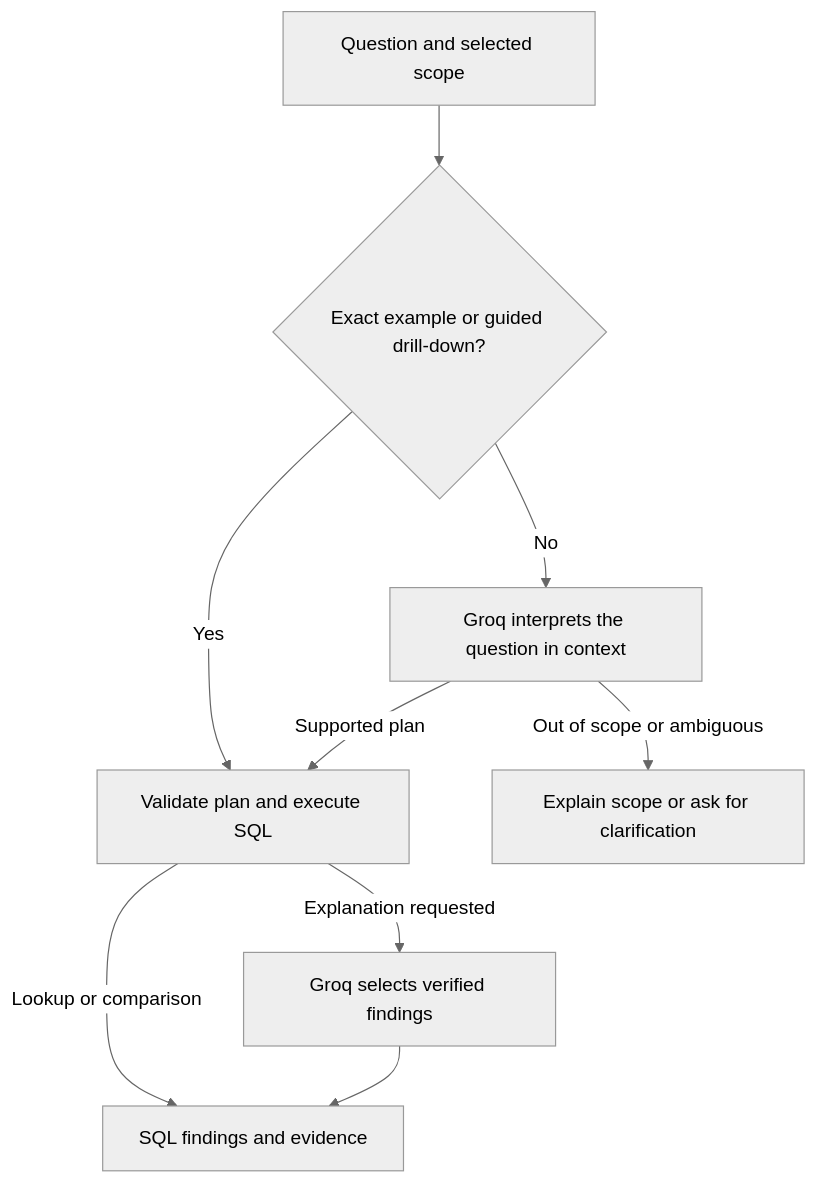
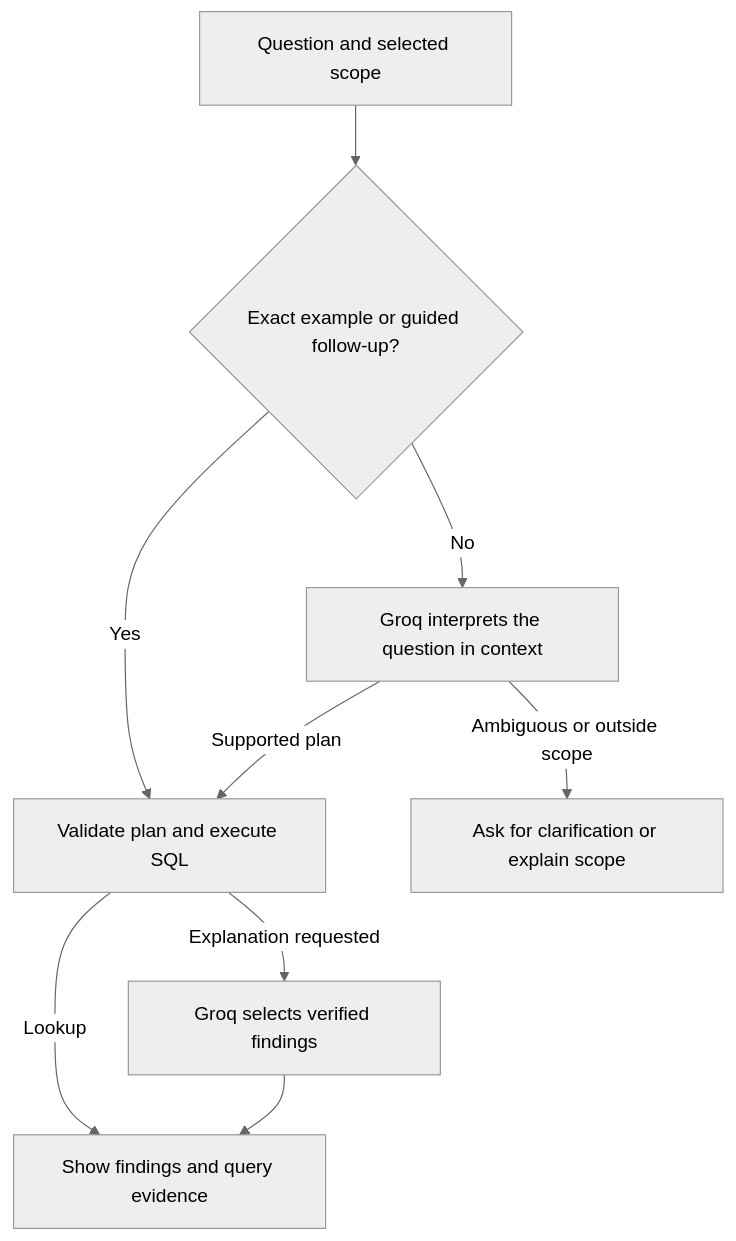
One commit to subhamghoshkgp/paysight-ai-enterprise-analyst changed the diagram in README.md. Above: the diagram before and after it, drawn with Mermaid (neutral theme). The commit also changed other lines of this file and 2 other files, not shown here.

````diff
--- a/README.md
+++ b/README.md
@@ -46,11 +29,11 @@
 ```mermaid
 flowchart TD
-    Q["Question and selected scope"] --> R{"Exact example or guided drill-down?"}
+    Q["Question and selected scope"] --> R{"Exact example or guided follow-up?"}
     R -->|Yes| S["Validate plan and execute SQL"]
     R -->|No| M["Groq interprets the question in context"]
-    M -->|Out of scope or ambiguous| C["Explain scope or ask for clarification"]
+    M -->|Ambiguous or outside scope| C["Ask for clarification or explain scope"]
     M -->|Supported plan| S
-    S -->|Lookup or comparison| V["SQL findings and evidence"]
+    S -->|Lookup| V["Show findings and query evidence"]
     S -->|Explanation requested| G["Groq selects verified findings"]
     G --> V
 ```
````
